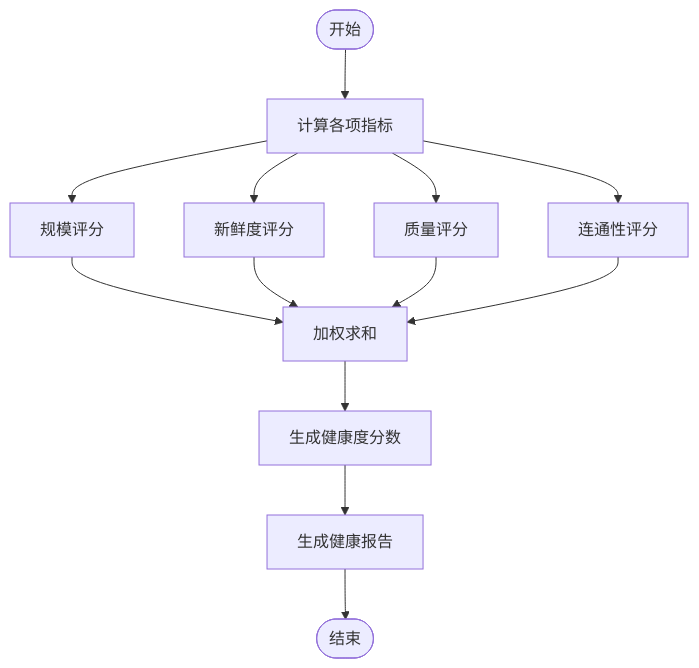
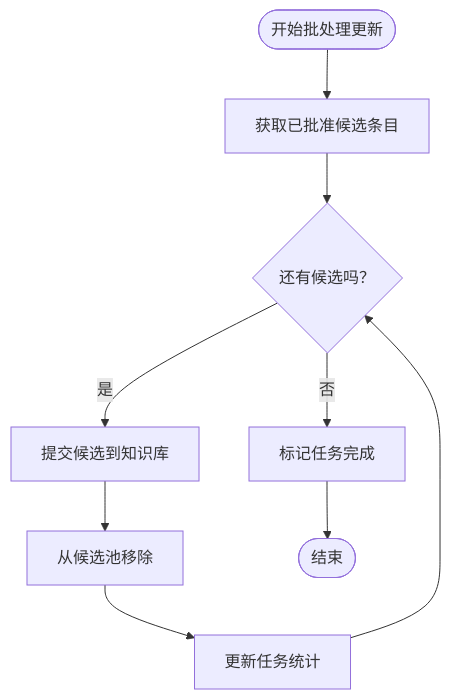
Before and after one commit to JieGaoPrinceton/NecoRAG: the fourth of 7 diagrams in .qoder/repowiki/zh/content/知识演化系统/调度管理器.md, drawn with Mermaid. The commit also changed other lines of this file and 181 other files, not shown here.

````diff
--- a/.qoder/repowiki/zh/content/知识演化系统/调度管理器.md
+++ b/.qoder/repowiki/zh/content/知识演化系统/调度管理器.md
@@ -204,15 +179,11 @@
 ```mermaid
 flowchart TD
-Start(["开始"]) --> Calc["计算各项指标"]
-Calc --> Scale["规模评分"]
-Calc --> Fresh["新鲜度评分"]
-Calc --> Quality["质量评分"]
-Calc --> Connectivity["连通性评分"]
-Scale --> Weight["加权求和"]
-Fresh --> Weight
-Quality --> Weight
-Connectivity --> Weight
-Weight --> Health["生成健康度分数"]
-Health --> Report["生成健康报告"]
-Report --> End(["结束"])
+Start([开始批处理更新]) --> GetCandidates["获取已批准候选条目"]
+GetCandidates --> Loop{"还有候选吗？"}
+Loop --> |是| CommitCandidate["提交候选到知识库"]
+CommitCandidate --> RemoveFromPool["从候选池移除"]
+RemoveFromPool --> UpdateStats["更新任务统计"]
+UpdateStats --> Loop
+Loop --> |否| Complete["标记任务完成"]
+Complete --> End([结束])
 ```
````
